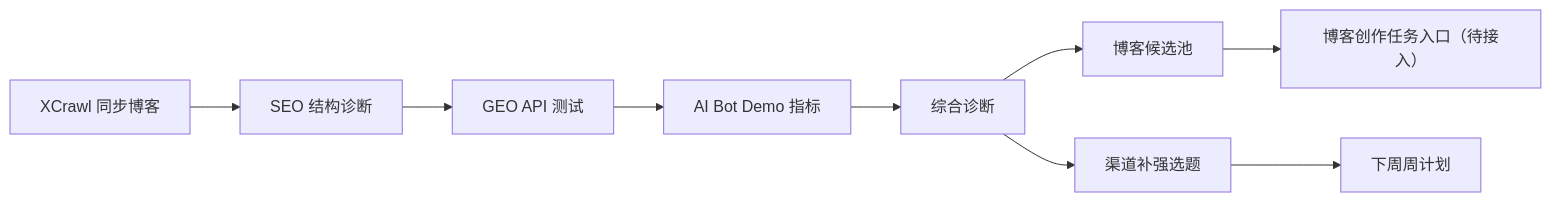
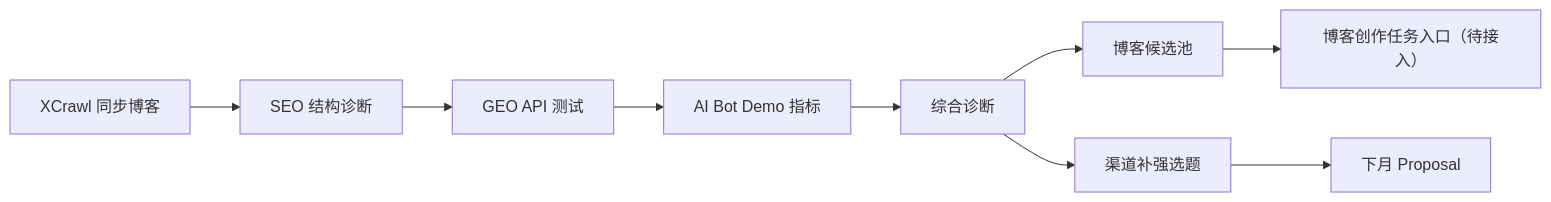
The third of 3 diagrams in design/low-fi-prototype.md (1736280642-Star/gtm-content-growth-workbench), drawn with Mermaid before and after one commit. The commit also changed other lines of this file and 213 other files, not shown here.

Commit message:
feat: consolidate V5 workbench production flow

````diff
--- a/design/low-fi-prototype.md
+++ b/design/low-fi-prototype.md
@@ -515,11 +514,11 @@
 ```mermaid
 flowchart LR
     A["XCrawl 同步博客"] --> B["SEO 结构诊断"]
     B --> C["GEO API 测试"]
     C --> D["AI Bot Demo 指标"]
     D --> E["综合诊断"]
     E --> F["博客候选池"]
     E --> G["渠道补强选题"]
     F --> H["博客创作任务入口（待接入）"]
-    G --> I["下周周计划"]
+    G --> I["下月 Proposal"]
 ```
````
